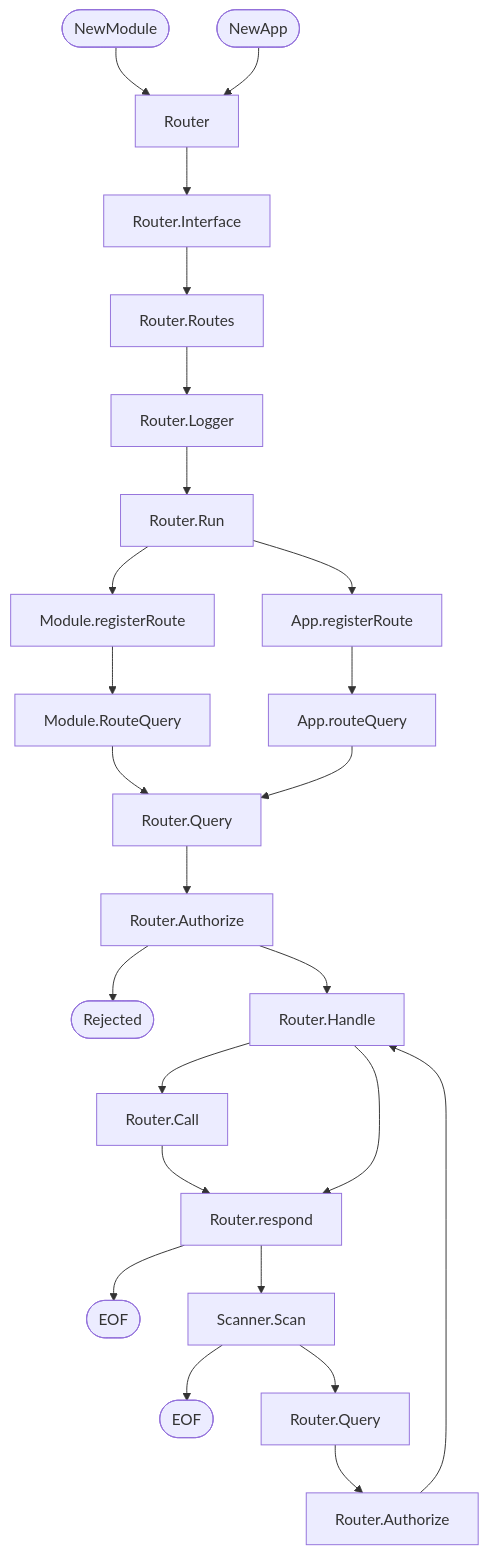
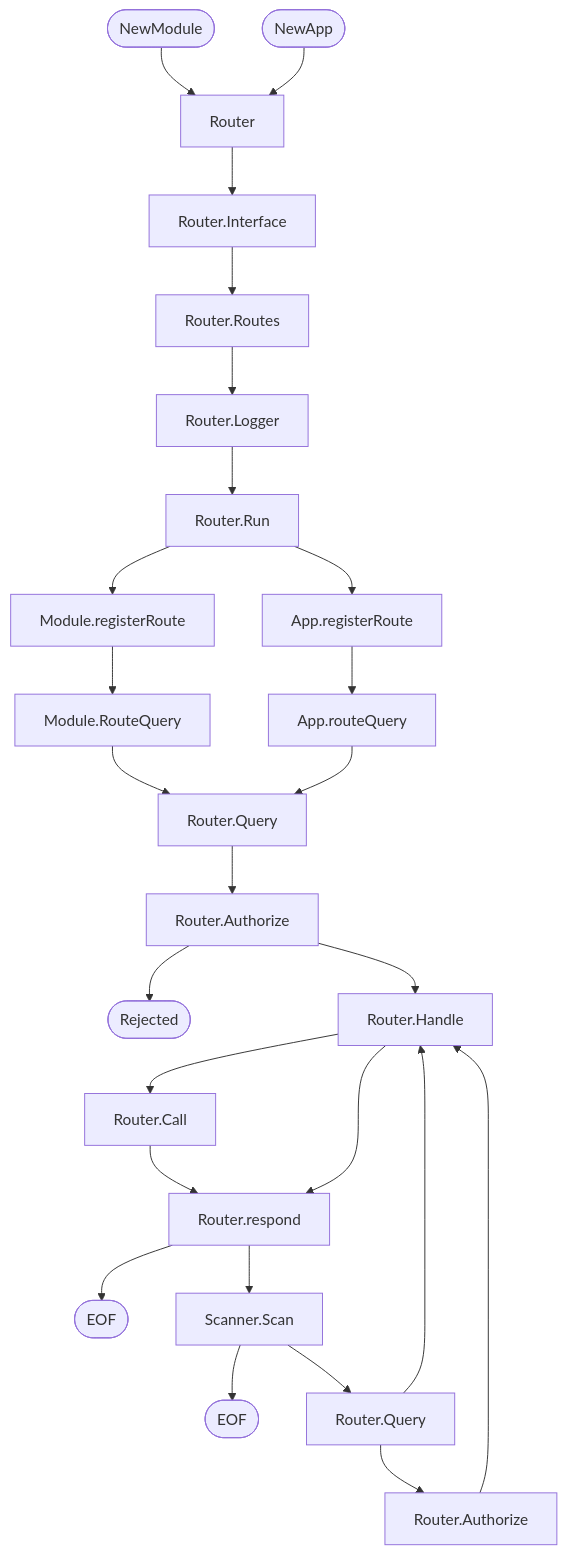
Before and after one commit to cryptopunkscc/go-apphost-jrpc: the second of 2 diagrams in flow.md, drawn with Mermaid. The commit also changed other lines of this file and 4 other files, not shown here.

````diff
--- a/flow.md
+++ b/flow.md
@@ -12,20 +15,20 @@
 ```mermaid
 flowchart
     NewModule([NewModule]) --> Router
     NewApp([NewApp]) --> Router -->
     Router.Interface --> Router.Routes --> Router.Logger --> 
     Router.Run --> 
     Module.registerRoute --> Module.RouteQuery
     Router.Run -->
     App.registerRoute --> App.routeQuery
     Module.RouteQuery --> Router.Query
     App.routeQuery --> Router.Query
     Router.Query --> Router.Authorize
     Router.Authorize --> Rejected(["Rejected"])
     Router.Authorize --> Router.Handle -->
     Router.Call[Router.Call] --> Router.respond
     Router.Handle --> Router.respond --> Return(["EOF"])
     Router.respond --> Scanner.Scan --> Return2(["EOF"])
-    Scanner.Scan --> Router.Query2[Router.Query] --> 
-    Router.Authorize2[Router.Authorize] --> Router.Handle
+    Scanner.Scan --> Router.Query2[Router.Query] --> Router.Handle
+    Router.Query2 --> Router.Authorize2[Router.Authorize] --> Router.Handle
 ```
````
